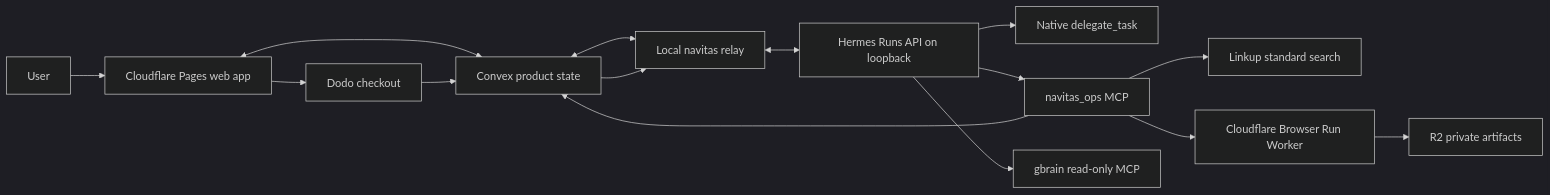
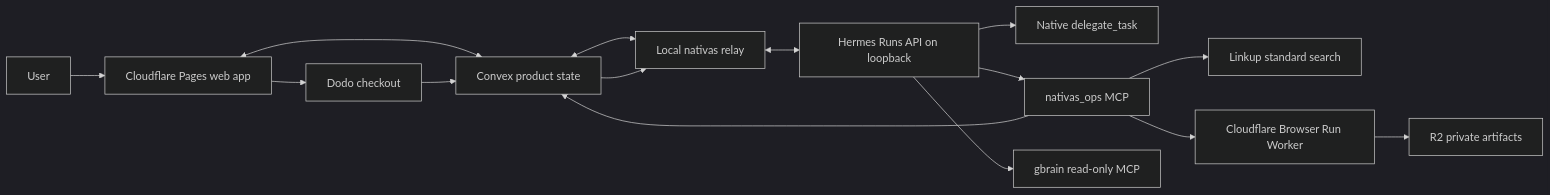
The diagram in TECH_SPEC.md (ch920425/nativas), drawn with Mermaid (dark theme) before and after one commit. The commit also changed other lines of this file and 40 other files, not shown here.

Commit message:
chore: rename navitas to nativas across repo, skills, and packages

````diff
--- a/TECH_SPEC.md
+++ b/TECH_SPEC.md
@@ -37,17 +37,17 @@
 ```mermaid
 flowchart LR
   U["User"] --> W["Cloudflare Pages web app"]
   W <--> C["Convex product state"]
-  C <--> R["Local navitas relay"]
+  C <--> R["Local nativas relay"]
   R <--> H["Hermes Runs API on loopback"]
   H --> D["Native delegate_task"]
-  H --> O["navitas_ops MCP"]
+  H --> O["nativas_ops MCP"]
   H --> G["gbrain read-only MCP"]
   O --> L["Linkup standard search"]
   O --> B["Cloudflare Browser Run Worker"]
   B --> S["R2 private artifacts"]
   O --> C
   W --> P["Dodo checkout"]
   P --> C
   C --> R
 ```
````
